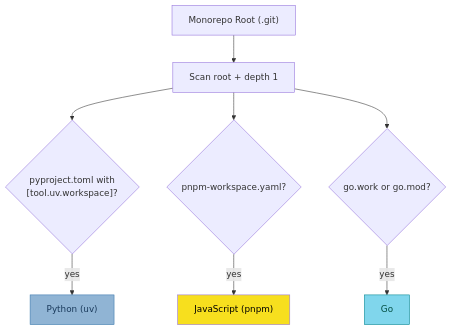
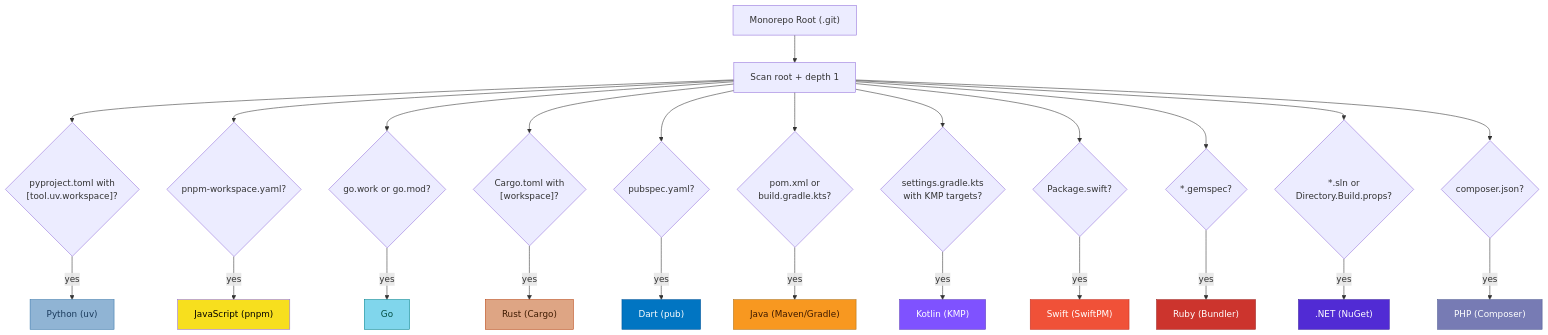
Before and after one commit to genkit-ai/genkit-python: the first of 2 diagrams in tools/releasekit/docs/docs/guides/multi-ecosystem.md, drawn with Mermaid. The commit also changed other lines of this file and 164 other files, not shown here.

````diff
--- a/tools/releasekit/docs/docs/guides/multi-ecosystem.md
+++ b/tools/releasekit/docs/docs/guides/multi-ecosystem.md
@@ -13,19 +13,43 @@
 ```mermaid
 graph TD
     ROOT["Monorepo Root (.git)"]
     SCAN["Scan root + depth 1"]
 
     ROOT --> SCAN
 
     SCAN --> UV{"pyproject.toml with<br/>[tool.uv.workspace]?"}
     SCAN --> PNPM{"pnpm-workspace.yaml?"}
     SCAN --> GO{"go.work or go.mod?"}
+    SCAN --> CARGO{"Cargo.toml with<br/>[workspace]?"}
+    SCAN --> DART{"pubspec.yaml?"}
+    SCAN --> MAVEN{"pom.xml or<br/>build.gradle.kts?"}
+    SCAN --> KOTLIN{"settings.gradle.kts<br/>with KMP targets?"}
+    SCAN --> SWIFT{"Package.swift?"}
+    SCAN --> RUBY{"*.gemspec?"}
+    SCAN --> DOTNET{"*.sln or<br/>Directory.Build.props?"}
+    SCAN --> PHP{"composer.json?"}
 
     UV -->|yes| PY["Python (uv)"]
     PNPM -->|yes| JS["JavaScript (pnpm)"]
     GO -->|yes| GOLANG["Go"]
+    CARGO -->|yes| RUST["Rust (Cargo)"]
+    DART -->|yes| DARTECO["Dart (pub)"]
+    MAVEN -->|yes| JAVA["Java (Maven/Gradle)"]
+    KOTLIN -->|yes| KT["Kotlin (KMP)"]
+    SWIFT -->|yes| SW["Swift (SwiftPM)"]
+    RUBY -->|yes| RB["Ruby (Bundler)"]
+    DOTNET -->|yes| DN[".NET (NuGet)"]
+    PHP -->|yes| PHPECO["PHP (Composer)"]
 
     style PY fill:#90b4d4,stroke:#3776ab,color:#1a3a5c
     style JS fill:#f7df1e,color:#000
     style GOLANG fill:#80d6ec,stroke:#00838f,color:#004d40
+    style RUST fill:#dea584,stroke:#b7410e,color:#3e1a00
+    style DARTECO fill:#0175c2,stroke:#02569b,color:#fff
+    style JAVA fill:#f89820,stroke:#b07219,color:#3e1a00
+    style KT fill:#7f52ff,stroke:#5c3dbb,color:#fff
+    style SW fill:#f05138,stroke:#c43023,color:#fff
+    style RB fill:#cc342d,stroke:#a02724,color:#fff
+    style DN fill:#512bd4,stroke:#3b1f9e,color:#fff
+    style PHPECO fill:#777bb4,stroke:#4f5b93,color:#fff
 ```
````
